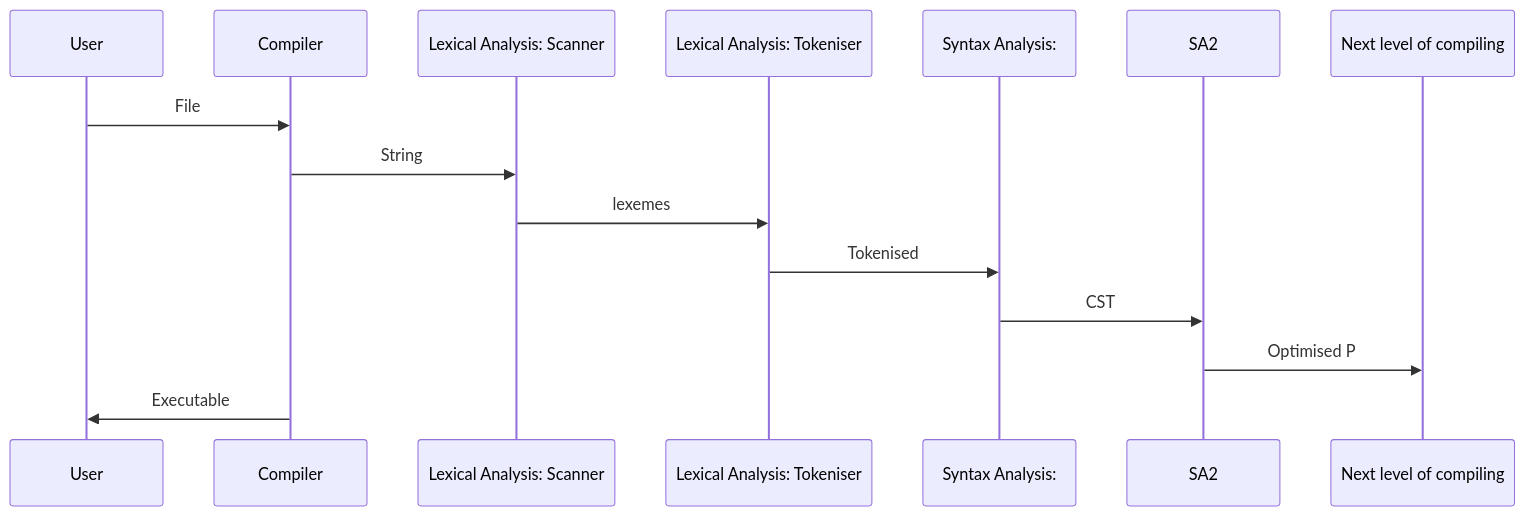
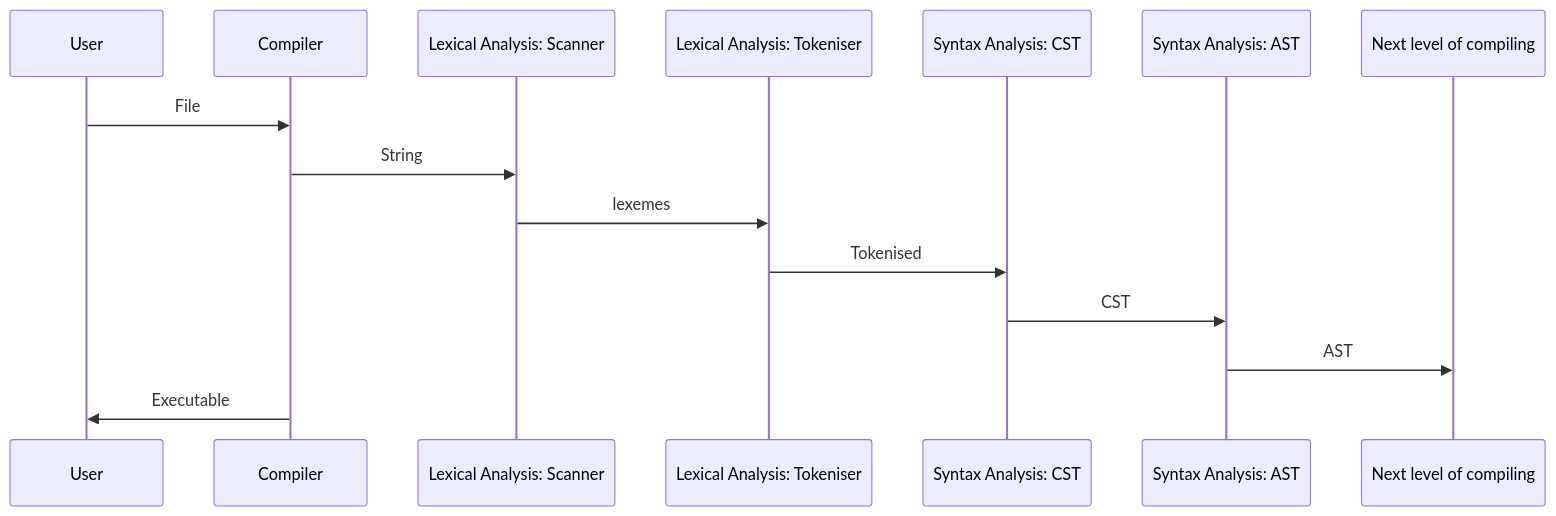
One commit to trshant-sugoi/stackedit changed the diagram in drafts/2019-02-25-Compiler-I-AST.md. Above: the diagram before and after it, drawn with Mermaid. The commit also changed other lines of this file, not shown here.

Commit message:
drafts/2019-02-25-Compiler-I-AST.md updated from https://stackedit.io/

````diff
--- a/drafts/2019-02-25-Compiler-I-AST.md
+++ b/drafts/2019-02-25-Compiler-I-AST.md
@@ -18,15 +18,17 @@
 ```mermaid
 sequenceDiagram
 participant U as User  
 participant C as Compiler   
 participant S as Lexical Analysis: Scanner
 participant T as Lexical Analysis: Tokeniser   
-participant SA1 as Syntax Analysis:  
+participant SA1 as Syntax Analysis: CST
+participant SA2 as Syntax Analysis: AST 
+
 U ->> C  : File  
 C ->> S  : String
 S ->> T  : lexemes 
 T ->> SA1 : Tokenised   
 SA1  ->> SA2 : CST
-SA2  ->> Next level of compiling: Optimised P 
+SA2  ->> Next level of compiling: AST 
 C ->> U: Executable  
 ```  
````
